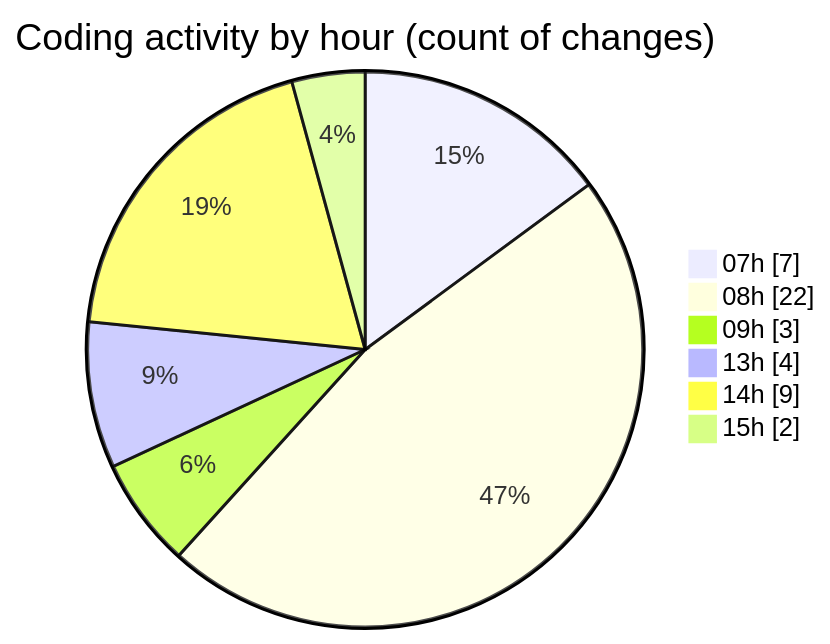
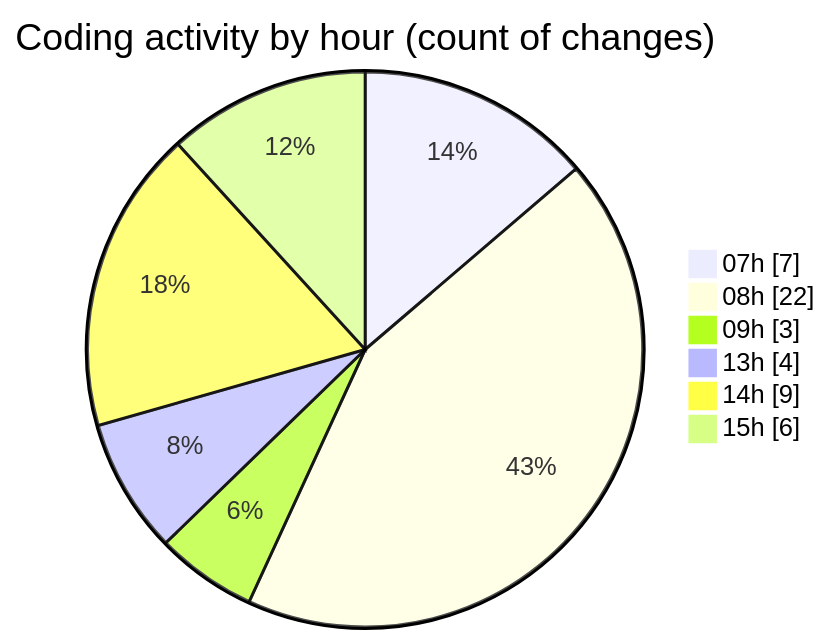
Before and after one commit to Elitesun/code-tracking: the second of 2 diagrams in 2025-05-04/niten/README.md, drawn with Mermaid. The commit also changed other lines of this file and 1 other file, not shown here.

````diff
--- a/2025-05-04/niten/README.md
+++ b/2025-05-04/niten/README.md
@@ -45,10 +46,10 @@
 ```mermaid
 pie showData
 title Coding activity by hour (count of changes)
 "07h" : 7
 "08h" : 22
 "09h" : 3
 "13h" : 4
 "14h" : 9
-"15h" : 2
+"15h" : 6
 ```
````
